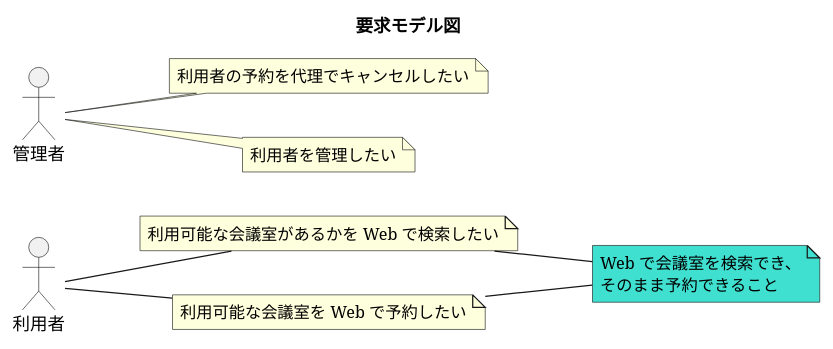
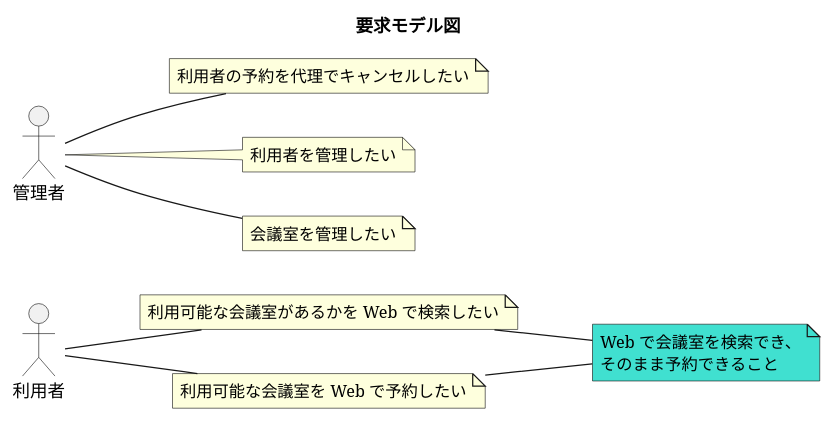
One commit to k2works/case-study-mrs changed the second of 17 diagrams in docs/index.adoc. Above: the diagram before and after it, drawn with PlantUML. The commit also changed other lines of this file and 10 other files, not shown here.

```diff
--- a/docs/index.adoc
+++ b/docs/index.adoc
@@ -54,29 +54,31 @@
 [plantuml]
 ----
 @startuml
 
 title 要求モデル図
 
 left to right direction
 
 actor 利用者 as ac_01
 note "利用可能な会議室があるかを Web で検索したい" as k_r1
 note "利用可能な会議室を Web で予約したい" as k_r2
 note as k_dr1 #Turquoise
   Web で会議室を検索でき、
   そのまま予約できること
 end note
 ac_01 -- k_r1
 ac_01 -- k_r2
 k_r1 -- k_dr1
 k_r2 -- k_dr1
 
 actor 管理者 as ac_02
 note "利用者の予約を代理でキャンセルしたい" as k_r3
 note "利用者を管理したい" as k_r4
+note "会議室を管理したい" as k_r5
 ac_02 -- k_r3
 ac_02 -- k_r4
+ac_02 -- k_r5
 
 @enduml
 
 ----
```
